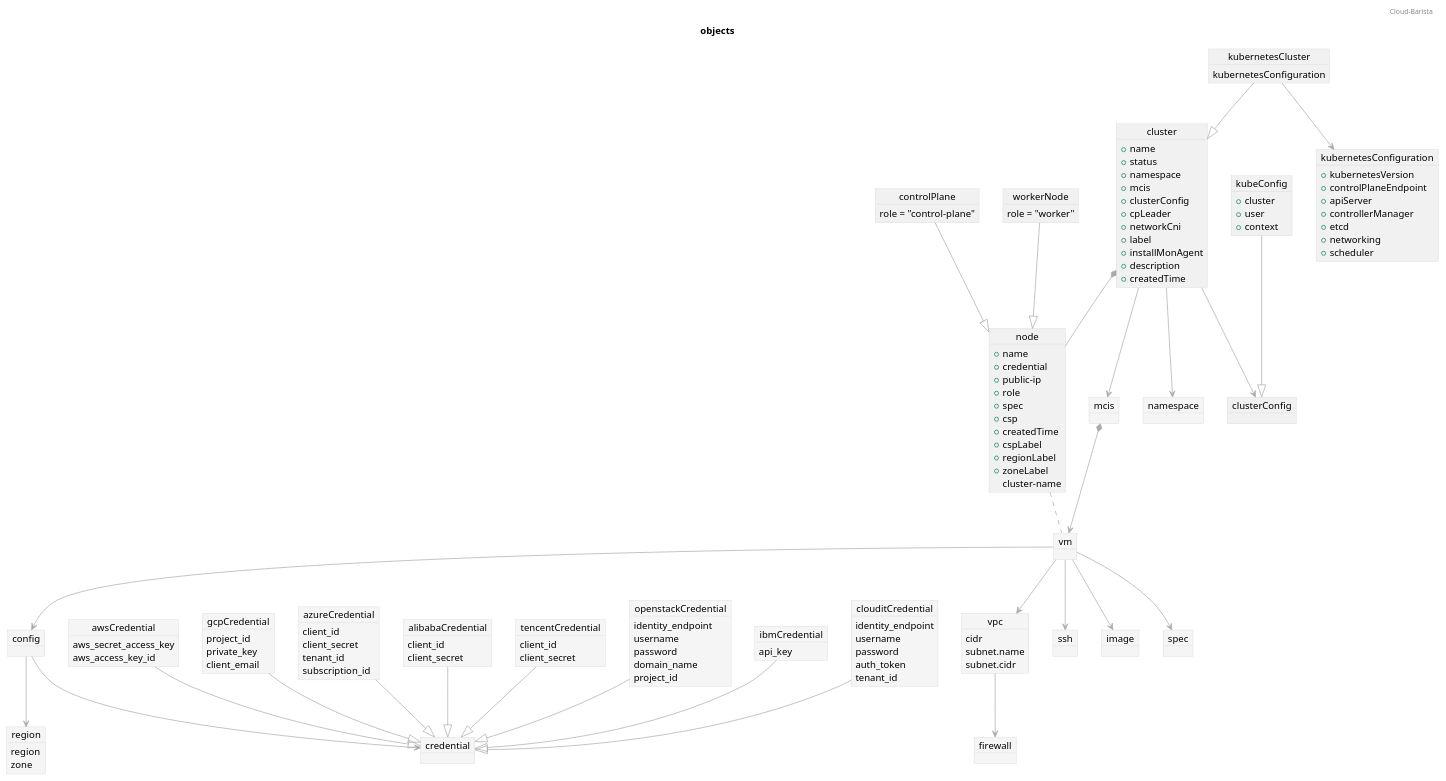
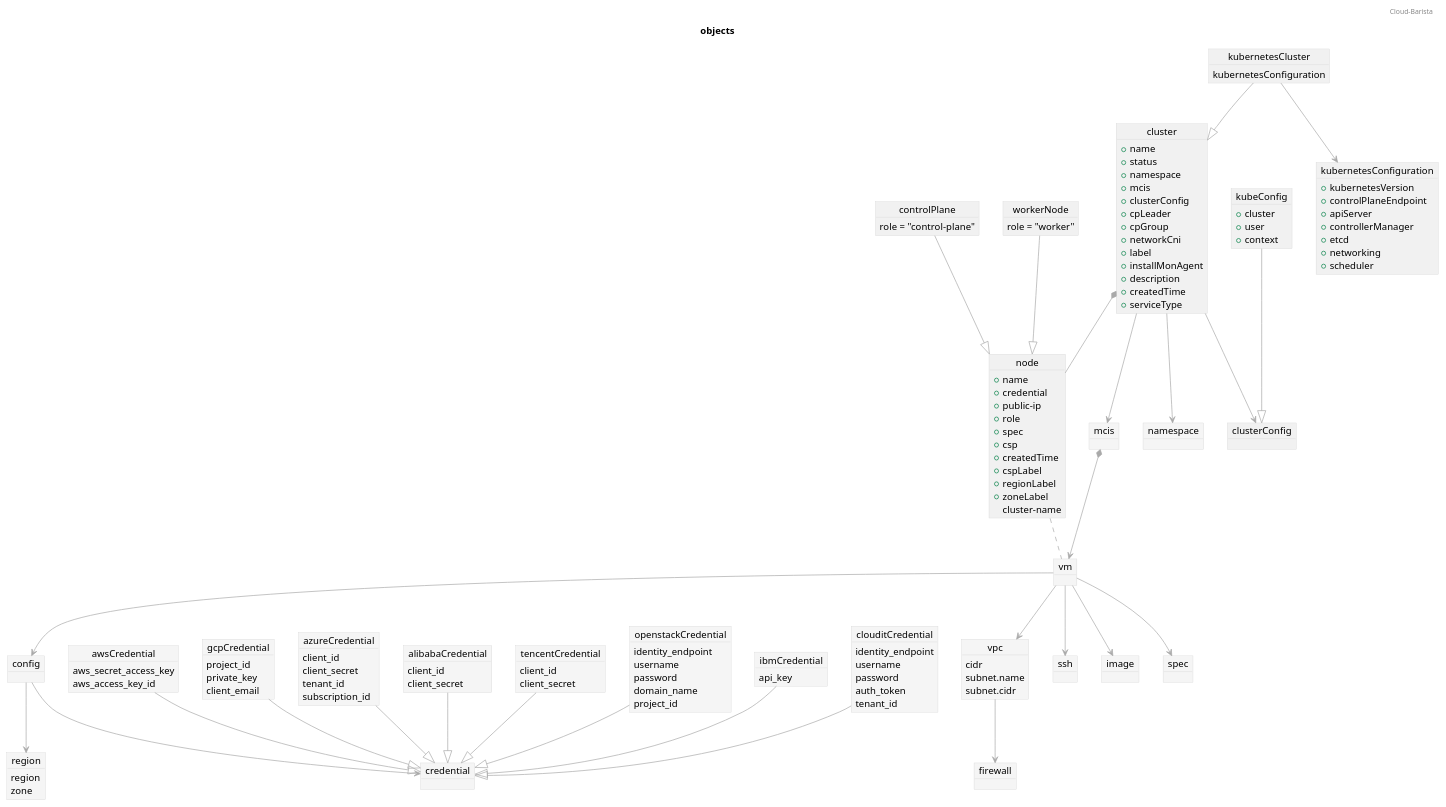
The diagram in docs/design/objects.puml (cloud-barista/cb-ladybug), drawn with PlantUML before and after one commit. The commit also changed 46 other files, not shown here.

```diff
--- a/docs/design/objects.puml
+++ b/docs/design/objects.puml
@@ -1,192 +1,194 @@
 @startuml
 
 header Cloud-Barista
 title objects
 skinparam object {
 	' backgroundColor	GreenYellow
 	ArrowColor		DarkGray
 	BorderColor		LightGray
 }
 
 ' # spider ----------------
 object region #WhiteSmoke {
 	region
 	zone
 }
 object credential #WhiteSmoke {
 }
 object awsCredential #WhiteSmoke {
 	aws_secret_access_key
 	aws_access_key_id
 }
 object gcpCredential #WhiteSmoke {
 	project_id
 	private_key
 	client_email
 }
 object azureCredential #WhiteSmoke {
 	client_id
 	client_secret
 	tenant_id	
 	subscription_id
 }
 object alibabaCredential #WhiteSmoke {
 	client_id
 	client_secret
 }
 object tencentCredential #WhiteSmoke {
 	client_id
 	client_secret
 }
 object openstackCredential #WhiteSmoke {
 	identity_endpoint
 	username
 	password
 	domain_name
 	project_id
 }
 object ibmCredential #WhiteSmoke {
 	api_key
 }
 object clouditCredential #WhiteSmoke {
 	identity_endpoint
 	username
 	password
 	auth_token
 	tenant_id
 }
 
 object config #WhiteSmoke {
 }
 object vm #WhiteSmoke {
 }
 ' }
 awsCredential	--|>	credential
 gcpCredential	--|>	credential
 azureCredential	--|>	credential
 alibabaCredential	--|>	credential
 tencentCredential	--|>	credential
 openstackCredential	--|>	credential
 ibmCredential   --|>	credential
 clouditCredential --|>	credential
 config			-->		credential
 config			-->		region
 
 ' # tumblebug ----------------
 object namespace #WhiteSmoke {
 }
 object vpc #WhiteSmoke {
 	cidr
 	subnet.name
 	subnet.cidr
 }
 object firewall #WhiteSmoke {
 }
 object ssh #WhiteSmoke {
 }
 object image #WhiteSmoke {
 }
 object spec #WhiteSmoke {
 }
 object mcis #WhiteSmoke {
 }
 
 vpc		-->		firewall
 vm		-->		vpc
 vm		-->		config
 vm		-->		ssh
 vm		-->		image
 vm		-->		spec
 mcis	*-->	vm
 
 
 ' # mcks ----------------
 object cluster {
 	+name
 	+status
 	+namespace
 	+mcis
 	+clusterConfig
 	+cpLeader
+	+cpGroup
 	+networkCni
 	+label
 	+installMonAgent
 	+description
 	+createdTime
+	+serviceType
 }
 object kubernetesCluster {
 	kubernetesConfiguration
 }
 
 object kubernetesConfiguration {
 	+kubernetesVersion
 	+controlPlaneEndpoint
 	+apiServer
 	+controllerManager
 	+etcd
 	+networking
 	+scheduler
 }
 object node  {
 	+name
 	+credential
 	+public-ip
 	+role
 	+spec
 	+csp
 	+createdTime
 	+cspLabel
 	+regionLabel
 	+zoneLabel
 	cluster-name
 }
 object controlPlane  {
 	role = "control-plane"
 }
 object workerNode  {
 	role = "worker"
 }
 
 controlPlane	--|>	node
 workerNode		--|>	node
 
 
 object clusterConfig  {
 }
 
 object kubeConfig  {
 	+cluster
 	+user
 	+context
 }
 
 cluster		-->	 	namespace
 cluster		*--		node
 cluster		-->		mcis
 cluster		-->		clusterConfig
 
 kubernetesCluster	--|>	cluster
 kubernetesCluster	-->		kubernetesConfiguration
 node				..		vm
 
 kubeConfig		--|>	clusterConfig
 
 
 '' # mcks controller ----------------
 'object clusterDeployment #GreenYellow {
 '	+namespace
 '	+mcis
 '	+controlPlaneCount
 '	+wokrerCount
 '}
 'object nodeSet #GreenYellow {
 '	+replicas
 '}
 
 
 'clusterDeployment	-->		cluster
 'clusterDeployment	..>		mcis
 'nodeSet				*-->	node
 'nodeSet				..		clusterDeployment
 
 @enduml
```
